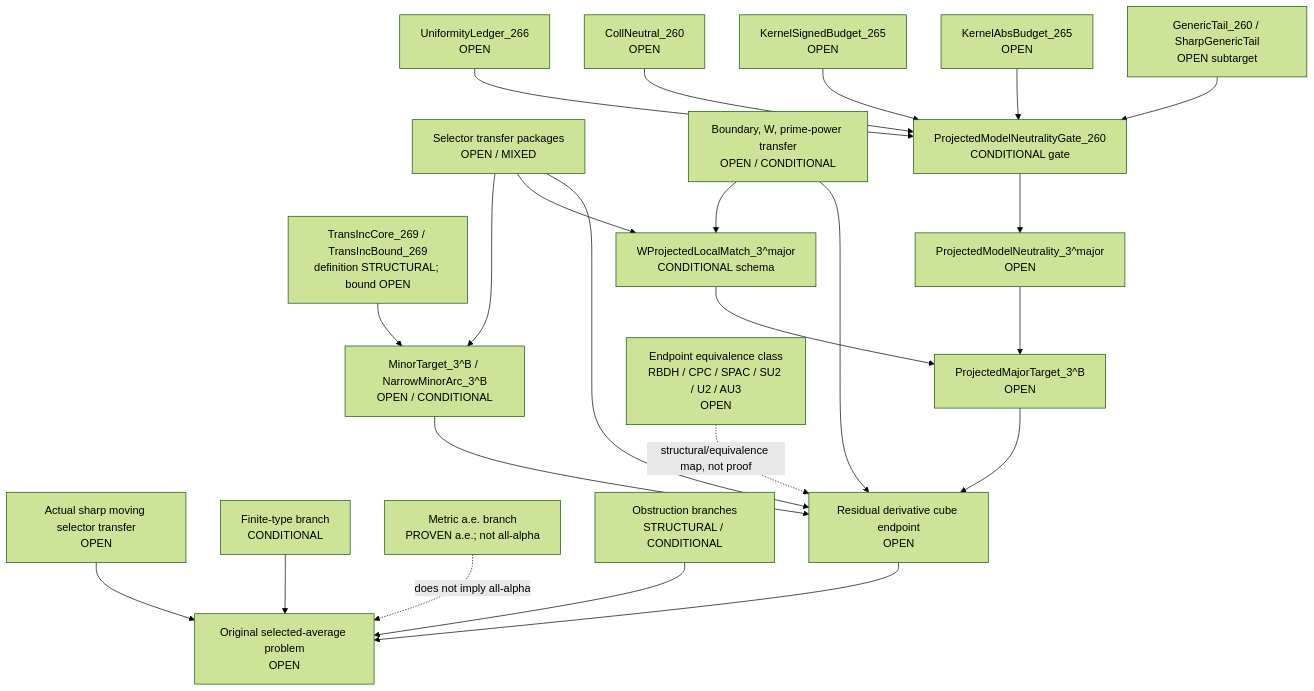
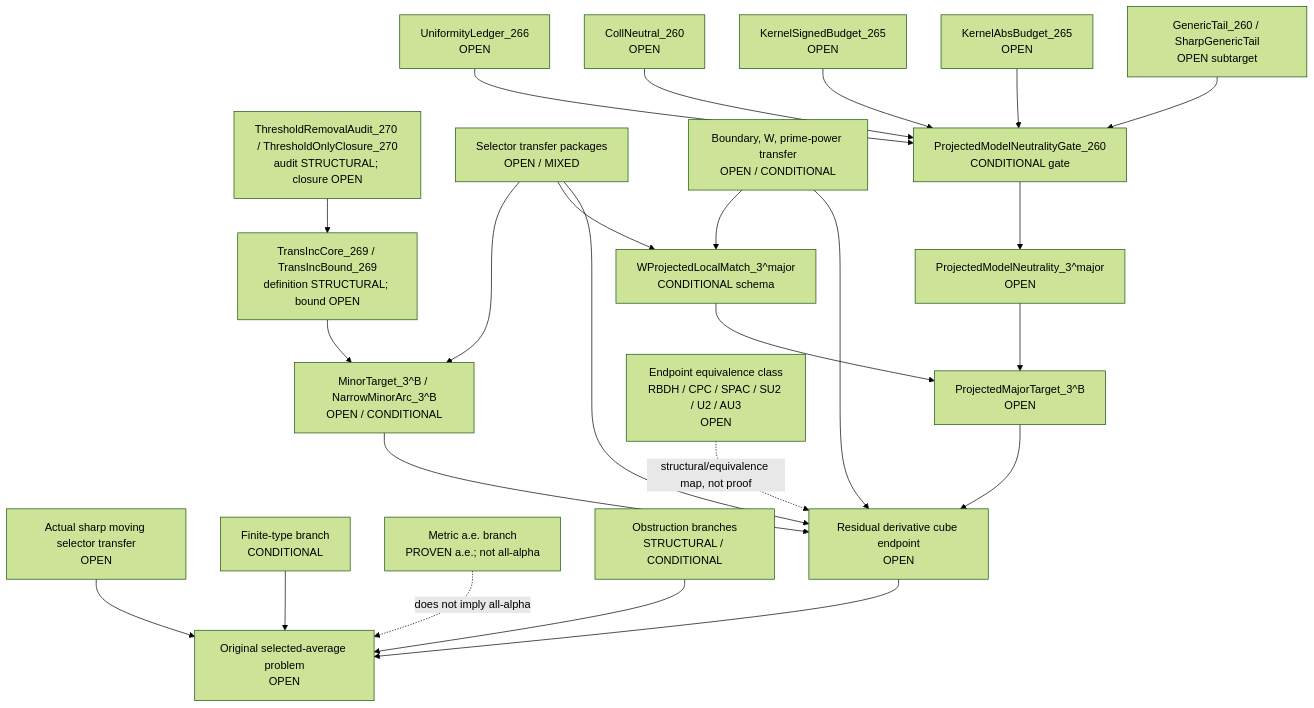
One commit to flaritycat/PrimeResonanceGap changed the diagram in docs/modules/dependency_graph.md. Above: the diagram before and after it, drawn with Mermaid (forest theme). The commit also changed 9 other files, not shown here.

Commit message:
Add Module 270 threshold removal audit

````diff
--- a/docs/modules/dependency_graph.md
+++ b/docs/modules/dependency_graph.md
@@ -7,53 +7,55 @@
 ```mermaid
 flowchart TD
   Original["Original selected-average problem<br/>OPEN"]
   SharpSel["Actual sharp moving selector transfer<br/>OPEN"]
   FiniteType["Finite-type branch<br/>CONDITIONAL"]
   Metric["Metric a.e. branch<br/>PROVEN a.e.; not all-alpha"]
   Obstruction["Obstruction branches<br/>STRUCTURAL / CONDITIONAL"]
 
   ResCube["Residual derivative cube endpoint<br/>OPEN"]
   MajorTarget["ProjectedMajorTarget_3^B<br/>OPEN"]
   MinorTarget["MinorTarget_3^B / NarrowMinorArc_3^B<br/>OPEN / CONDITIONAL"]
   TransInc["TransIncCore_269 / TransIncBound_269<br/>definition STRUCTURAL; bound OPEN"]
+  ThresholdAudit["ThresholdRemovalAudit_270 / ThresholdOnlyClosure_270<br/>audit STRUCTURAL; closure OPEN"]
   SelectorTransfer["Selector transfer packages<br/>OPEN / MIXED"]
   BoundaryTransfer["Boundary, W, prime-power transfer<br/>OPEN / CONDITIONAL"]
 
   WLocal["WProjectedLocalMatch_3^major<br/>CONDITIONAL schema"]
   ModelNeutral["ProjectedModelNeutrality_3^major<br/>OPEN"]
   PMNGate["ProjectedModelNeutralityGate_260<br/>CONDITIONAL gate"]
   GenericTail["GenericTail_260 / SharpGenericTail<br/>OPEN subtarget"]
   KernelAbs["KernelAbsBudget_265<br/>OPEN"]
   KernelSigned["KernelSignedBudget_265<br/>OPEN"]
   CollNeutral["CollNeutral_260<br/>OPEN"]
   Uniformity["UniformityLedger_266<br/>OPEN"]
 
   EndpointClass["Endpoint equivalence class<br/>RBDH / CPC / SPAC / SU2 / U2 / AU3<br/>OPEN"]
 
   SharpSel --> Original
   FiniteType --> Original
   Obstruction --> Original
   ResCube --> Original
   Metric -. "does not imply all-alpha" .-> Original
 
   MajorTarget --> ResCube
   MinorTarget --> ResCube
   TransInc --> MinorTarget
+  ThresholdAudit --> TransInc
   SelectorTransfer --> ResCube
   BoundaryTransfer --> ResCube
   EndpointClass -. "structural/equivalence map, not proof" .-> ResCube
 
   WLocal --> MajorTarget
   ModelNeutral --> MajorTarget
 
   PMNGate --> ModelNeutral
   GenericTail --> PMNGate
   KernelAbs --> PMNGate
   KernelSigned --> PMNGate
   CollNeutral --> PMNGate
   Uniformity --> PMNGate
 
   BoundaryTransfer --> WLocal
   SelectorTransfer --> WLocal
   SelectorTransfer --> MinorTarget
 ```
````
